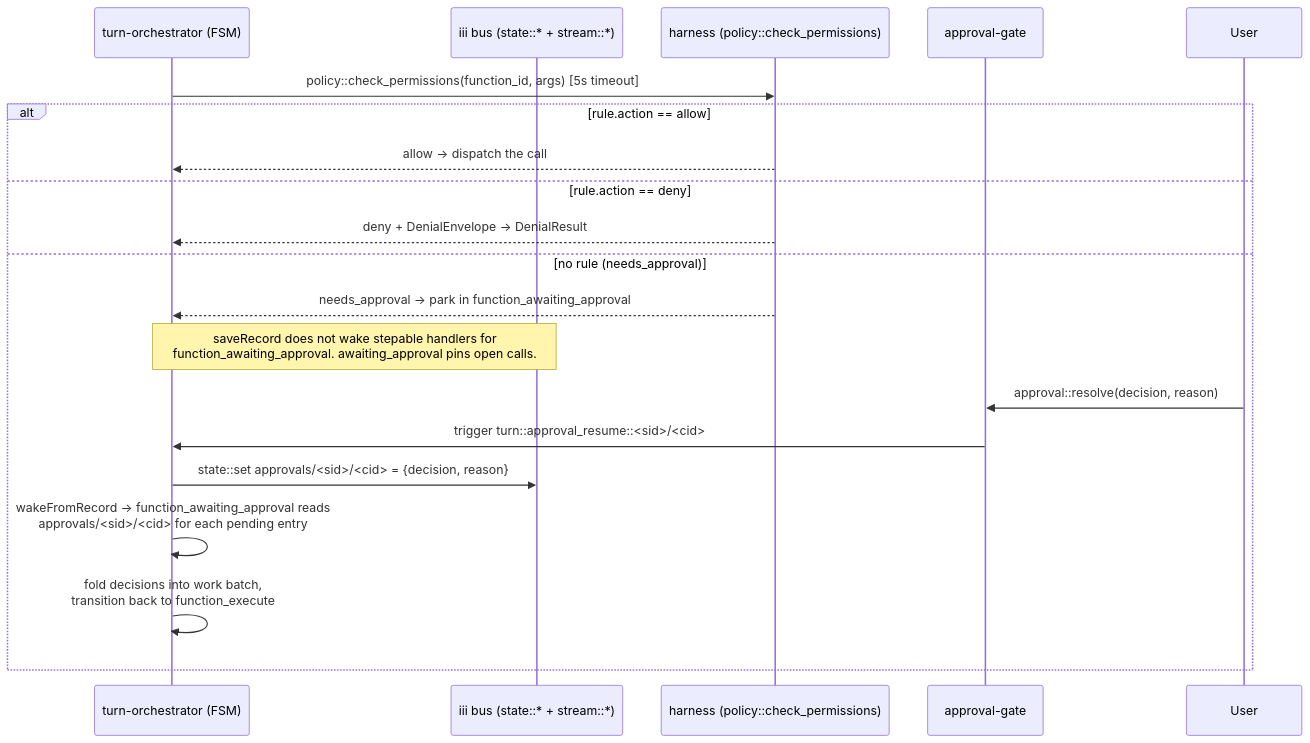
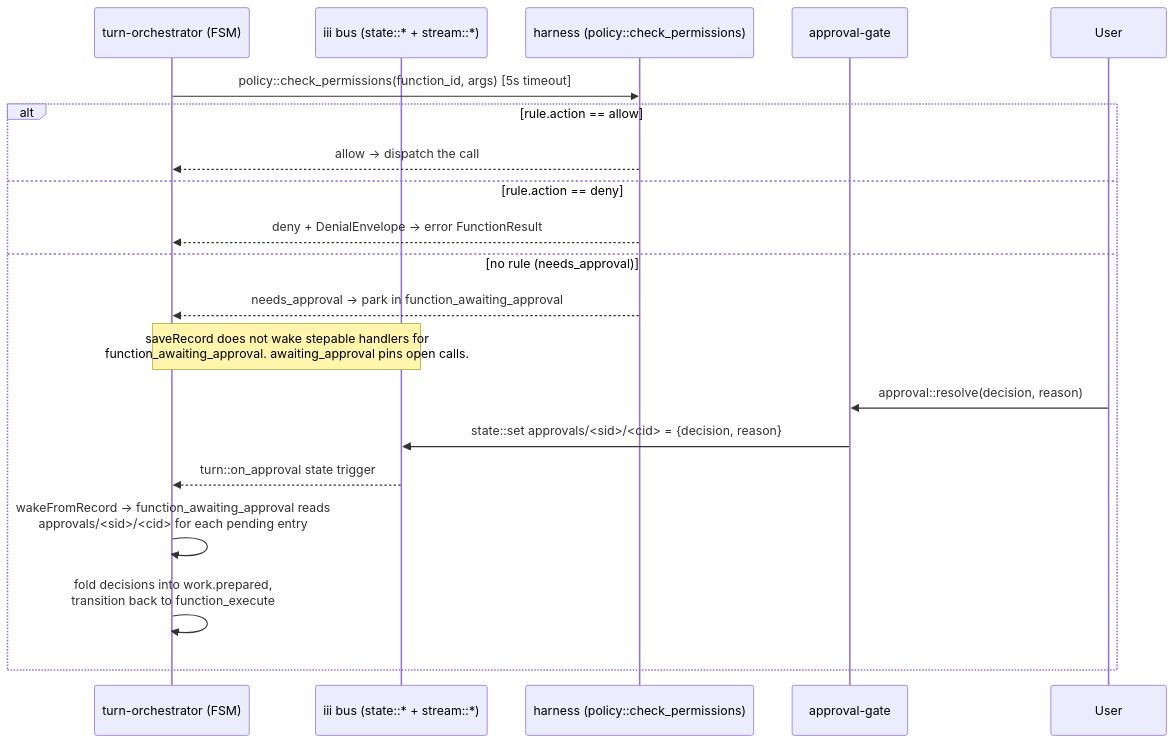
The third of 5 diagrams in harness/docs/architecture.md (iii-hq/workers), drawn with Mermaid before and after one commit. The commit also changed other lines of this file and 102 other files, not shown here.

````diff
--- a/harness/docs/architecture.md
+++ b/harness/docs/architecture.md
@@ -135,23 +133,23 @@
 ```mermaid
 sequenceDiagram
   participant Turn as turn-orchestrator (FSM)
   participant Bus as iii bus (state::* + stream::*)
   participant Harness as harness (policy::check_permissions)
   participant Gate as approval-gate
   participant User
 
   Turn->>Harness: policy::check_permissions(function_id, args) [5s timeout]
   alt rule.action == allow
     Harness-->>Turn: allow → dispatch the call
   else rule.action == deny
-    Harness-->>Turn: deny + DenialEnvelope → DenialResult
+    Harness-->>Turn: deny + DenialEnvelope → error FunctionResult
   else no rule (needs_approval)
     Harness-->>Turn: needs_approval → park in function_awaiting_approval
     Note over Turn,Bus: saveRecord does not wake stepable handlers for<br/>function_awaiting_approval. awaiting_approval pins open calls.
     User->>Gate: approval::resolve(decision, reason)
-    Gate->>Turn: trigger turn::approval_resume::<sid>/<cid>
-    Turn->>Bus: state::set approvals/<sid>/<cid> = {decision, reason}
+    Gate->>Bus: state::set approvals/<sid>/<cid> = {decision, reason}
+    Bus-->>Turn: turn::on_approval state trigger
     Turn->>Turn: wakeFromRecord → function_awaiting_approval reads<br/>approvals/<sid>/<cid> for each pending entry
-    Turn->>Turn: fold decisions into work batch,<br/>transition back to function_execute
+    Turn->>Turn: fold decisions into work.prepared,<br/>transition back to function_execute
   end
 ```
````
